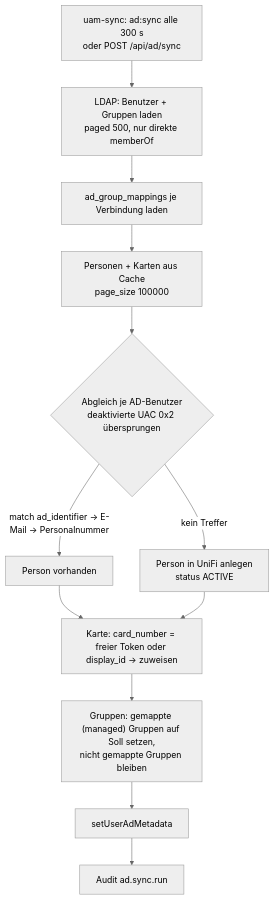
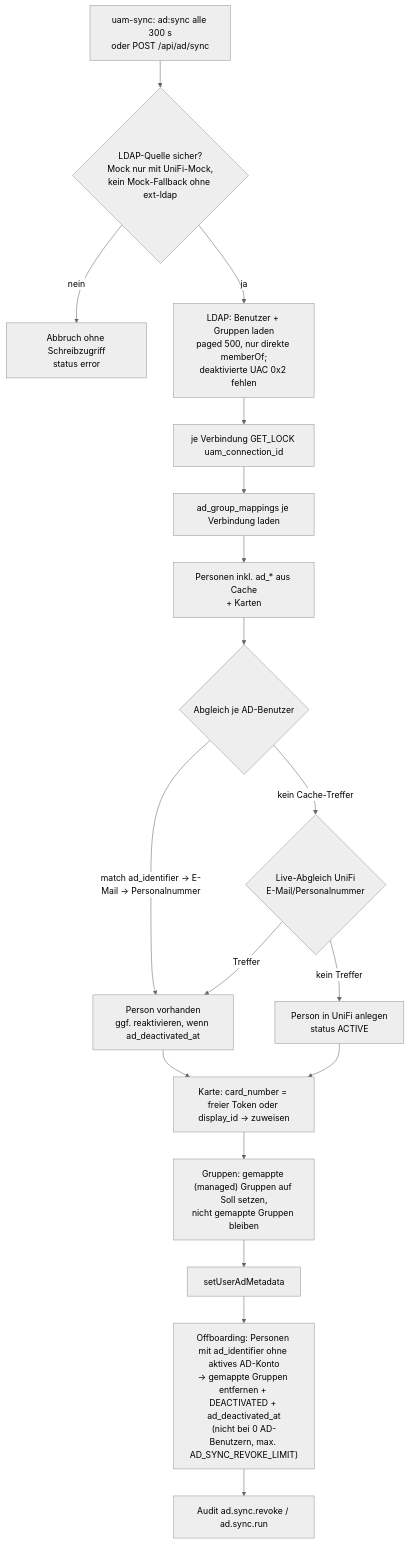
The sixth of 7 diagrams in agentsindex.md (dareinelt/accessmanager), drawn with Mermaid (neutral theme) before and after one commit. The commit also changed other lines of this file and 25 other files, not shown here.

First line of the commit message:
Sync-Sicherheit: transaktionaler Cache, AD-Offboarding, Duplikatschutz, MySQL 8

````diff
--- a/agentsindex.md
+++ b/agentsindex.md
@@ -520,14 +525,20 @@
 ```mermaid
 flowchart TD
-    S[uam-sync: ad:sync alle 300 s<br/>oder POST /api/ad/sync] --> L[LDAP: Benutzer + Gruppen laden<br/>paged 500, nur direkte memberOf]
-    L --> M[ad_group_mappings je Verbindung laden]
-    M --> P[Personen + Karten aus Cache<br/>page_size 100000]
-    P --> X{Abgleich je AD-Benutzer<br/>deaktivierte UAC 0x2 übersprungen}
-    X -->|match ad_identifier → E-Mail → Personalnummer| Y[Person vorhanden]
-    X -->|kein Treffer| Z[Person in UniFi anlegen<br/>status ACTIVE]
+    S[uam-sync: ad:sync alle 300 s<br/>oder POST /api/ad/sync] --> Q{LDAP-Quelle sicher?<br/>Mock nur mit UniFi-Mock,<br/>kein Mock-Fallback ohne ext-ldap}
+    Q -->|nein| E1[Abbruch ohne Schreibzugriff<br/>status error]
+    Q -->|ja| L[LDAP: Benutzer + Gruppen laden<br/>paged 500, nur direkte memberOf;<br/>deaktivierte UAC 0x2 fehlen]
+    L --> LK[je Verbindung GET_LOCK uam_connection_id]
+    LK --> M[ad_group_mappings je Verbindung laden]
+    M --> P[Personen inkl. ad_* aus Cache<br/>+ Karten]
+    P --> X{Abgleich je AD-Benutzer}
+    X -->|match ad_identifier → E-Mail → Personalnummer| Y[Person vorhanden<br/>ggf. reaktivieren, wenn ad_deactivated_at]
+    X -->|kein Cache-Treffer| LV{Live-Abgleich UniFi<br/>E-Mail/Personalnummer}
+    LV -->|Treffer| Y
+    LV -->|kein Treffer| Z[Person in UniFi anlegen<br/>status ACTIVE]
     Y --> K[Karte: card_number = freier Token oder display_id → zuweisen]
     Z --> K
     K --> G["Gruppen: gemappte (managed) Gruppen auf Soll setzen,<br/>nicht gemappte Gruppen bleiben"]
     G --> Meta[setUserAdMetadata]
-    Meta --> Aud[Audit ad.sync.run]
+    Meta --> R["Offboarding: Personen mit ad_identifier ohne aktives AD-Konto<br/>→ gemappte Gruppen entfernen + DEACTIVATED + ad_deactivated_at<br/>(nicht bei 0 AD-Benutzern, max. AD_SYNC_REVOKE_LIMIT)"]
+    R --> Aud[Audit ad.sync.revoke / ad.sync.run]
 ```
````
